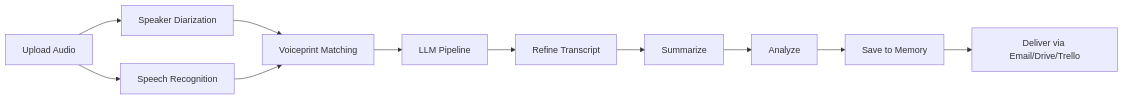
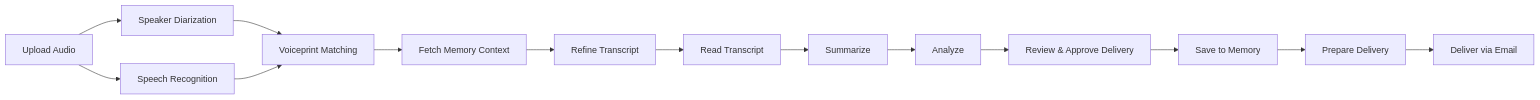
The diagram in README.md (afrogenesurvive/ai_transcription_agent), drawn with Mermaid before and after one commit. The commit also changed other lines of this file and 6 other files, not shown here.

````diff
--- a/README.md
+++ b/README.md
@@ -28,13 +28,16 @@
 ```mermaid
 graph LR
     A[Upload Audio] --> B[Speaker Diarization]
     A --> C[Speech Recognition]
     B --> D[Voiceprint Matching]
     C --> D
-    D --> E[LLM Pipeline]
+    D --> E[Fetch Memory Context]
     E --> F[Refine Transcript]
-    F --> G[Summarize]
-    G --> H[Analyze]
-    H --> I[Save to Memory]
-    I --> J[Deliver via Email/Drive/Trello]
+    F --> G[Read Transcript]
+    G --> H[Summarize]
+    H --> I[Analyze]
+    I --> J[Review &amp; Approve Delivery]
+    J --> K[Save to Memory]
+    K --> L[Prepare Delivery]
+    L --> M[Deliver via Email]
 ```
````
